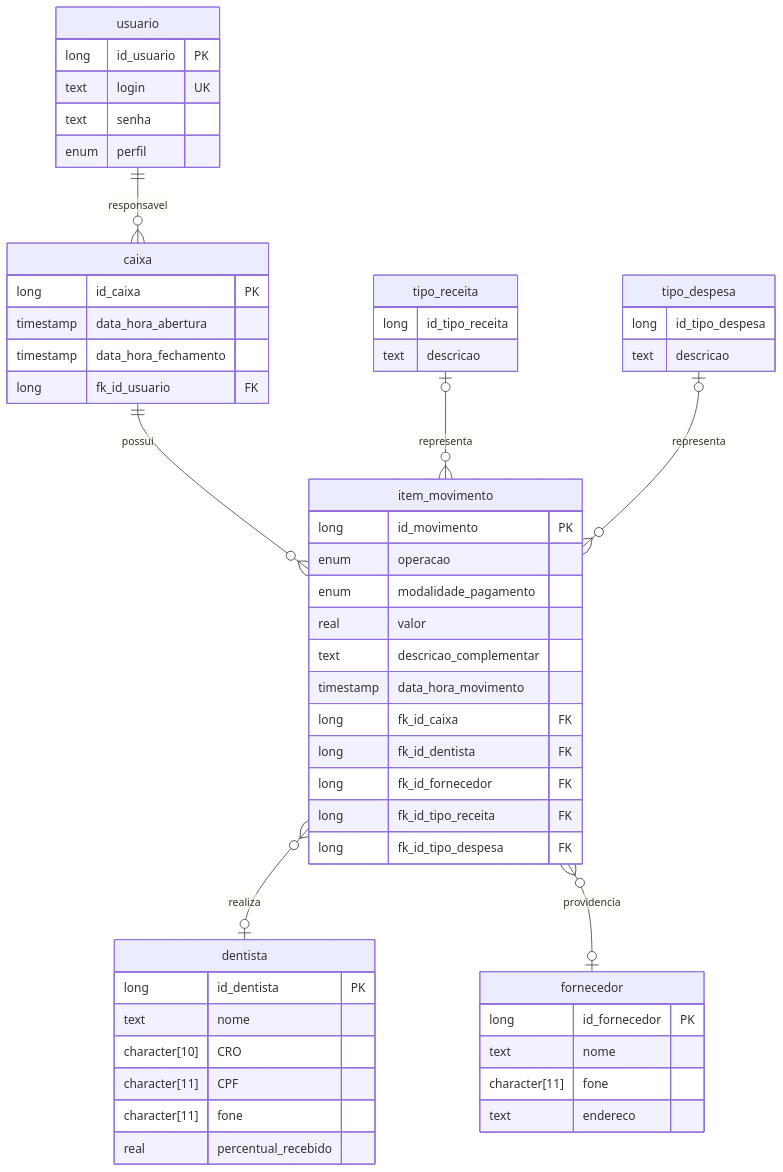
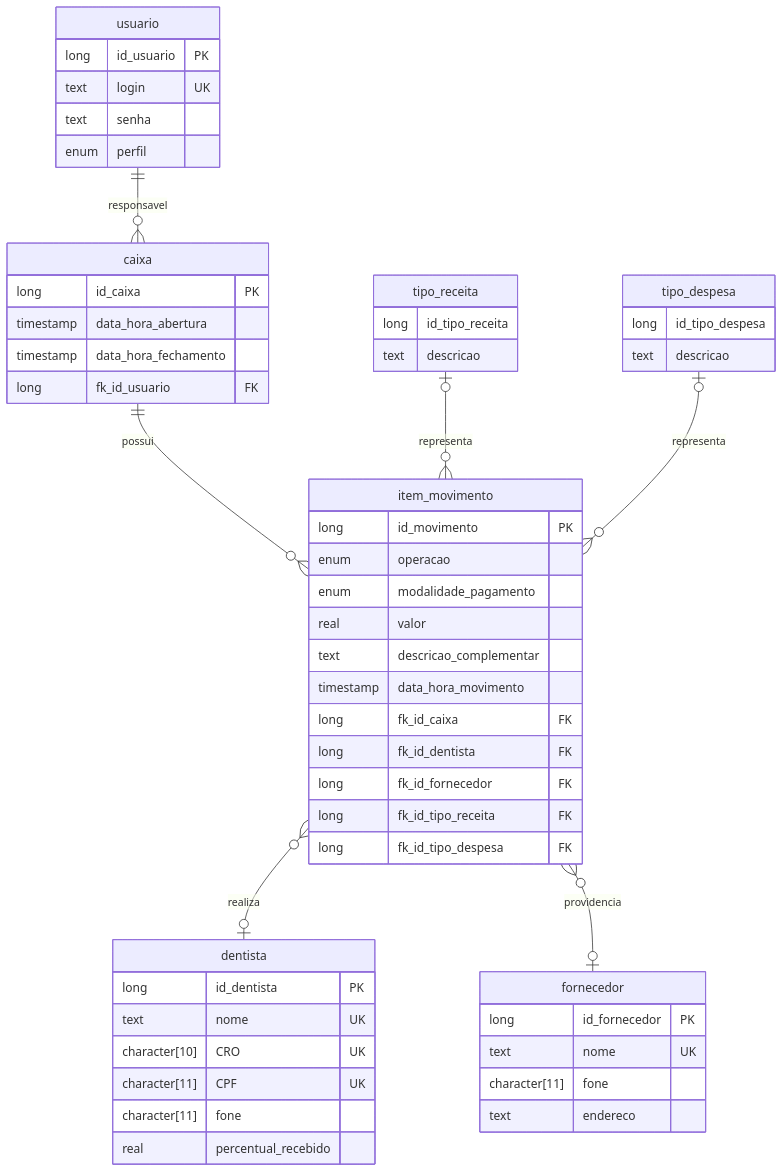
Before and after one commit to gabrielpandrade/SISO: the diagram in docs/modelagem/diagramas/er.md, drawn with Mermaid. The commit also changed 1 other file, not shown here.

````diff
--- a/docs/modelagem/diagramas/er.md
+++ b/docs/modelagem/diagramas/er.md
@@ -3,68 +3,68 @@
 ```mermaid
 erDiagram
     
     %% Relacionamentos
     
     usuario ||--o{ caixa : responsavel
     caixa ||--o{ item_movimento : possui
     item_movimento }o--o| dentista : realiza
     item_movimento }o--o| fornecedor : providencia
     tipo_receita |o--o{ item_movimento : representa
     tipo_despesa |o--o{ item_movimento : representa
 
     %% Atributos
 
     usuario {
         long id_usuario PK
         text login UK
         text senha 
         enum perfil
     }
 
     caixa {
         long id_caixa PK
         timestamp data_hora_abertura
         timestamp data_hora_fechamento
         long fk_id_usuario FK
     }
 
     item_movimento {
         long id_movimento PK
         enum operacao
         enum modalidade_pagamento
         real valor
         text descricao_complementar
         timestamp data_hora_movimento
         long fk_id_caixa FK
         long fk_id_dentista FK
         long fk_id_fornecedor FK
         long fk_id_tipo_receita FK
         long fk_id_tipo_despesa FK
     }
 
     dentista {
         long id_dentista PK
-        text nome
-        character[10] CRO
-        character[11] CPF
+        text nome UK
+        character[10] CRO UK
+        character[11] CPF UK
         character[11] fone
         real percentual_recebido
     }
 
     fornecedor {
         long id_fornecedor PK
-        text nome
+        text nome UK
         character[11] fone
         text endereco
     }
 
     tipo_receita {
         long id_tipo_receita
         text descricao
     }
 
     tipo_despesa {
         long id_tipo_despesa
         text descricao
     }
 ```
````
